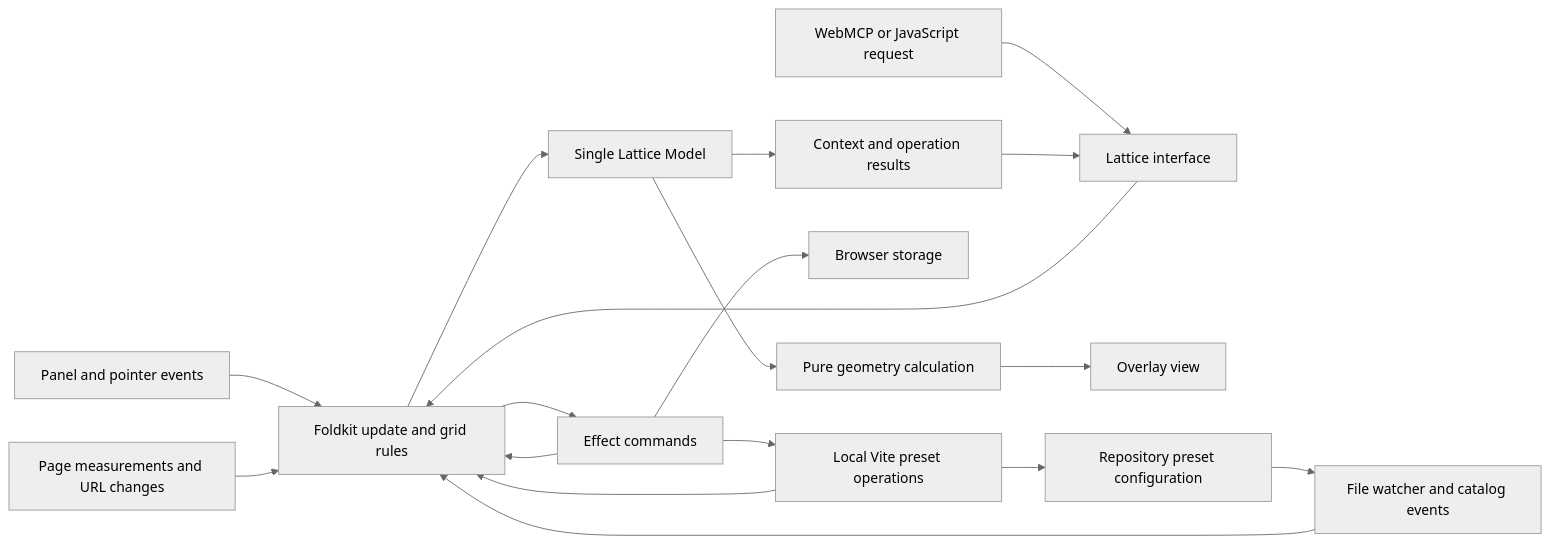
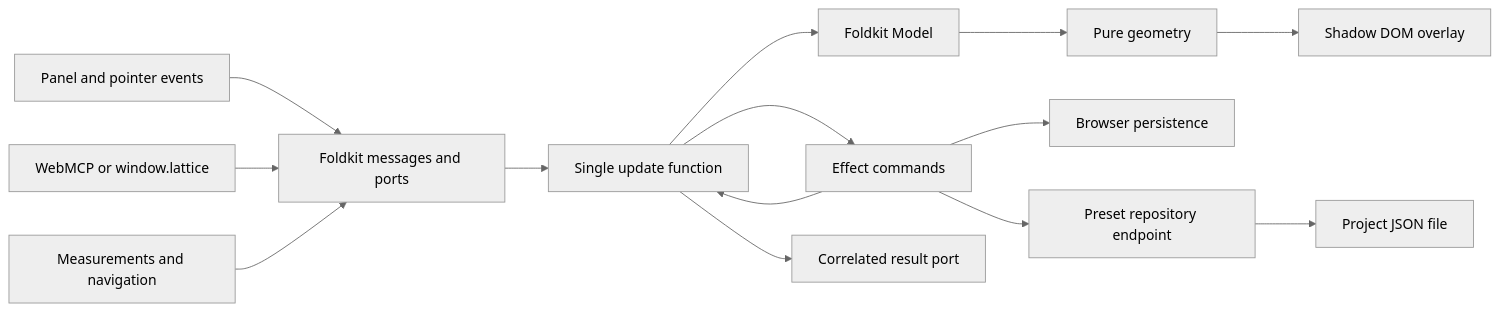
Before and after one commit to wking-io/lattice: the diagram in ARCHITECTURE.md, drawn with Mermaid (neutral theme). The commit also changed other lines of this file and 39 other files, not shown here.

Commit message:
Implement Lattice Vite overlay with shared presets and agent controls

````diff
--- a/ARCHITECTURE.md
+++ b/ARCHITECTURE.md
@@ -24,20 +17,16 @@
 ```mermaid
 flowchart LR
-  Panel[Panel and pointer events] --> Update[Foldkit update and grid rules]
-  Agent[WebMCP or JavaScript request] --> Bridge[Lattice interface]
-  Bridge --> Update
-  Browser[Page measurements and URL changes] --> Update
-  Update --> Model[Single Lattice Model]
-  Model --> Geometry[Pure geometry calculation]
-  Geometry --> View[Overlay view]
+  Panel[Panel and pointer events] --> Port[Foldkit messages and ports]
+  Agent[WebMCP or window.lattice] --> Port
+  Browser[Measurements and navigation] --> Port
+  Port --> Update[Single update function]
+  Update --> Model[Foldkit Model]
+  Model --> Geometry[Pure geometry]
+  Geometry --> View[Shadow DOM overlay]
   Update --> Commands[Effect commands]
-  Commands --> Storage[Browser storage]
-  Commands --> Server[Local Vite preset operations]
-  Server --> File[Repository preset configuration]
-  File --> Watcher[File watcher and catalog events]
-  Watcher --> Update
-  Server --> Update
+  Commands --> LocalStorage[Browser persistence]
+  Commands --> Vite[Preset repository endpoint]
+  Vite --> File[Project JSON file]
   Commands --> Update
-  Model --> Response[Context and operation results]
-  Response --> Bridge
+  Update --> Results[Correlated result port]
 ```
````
